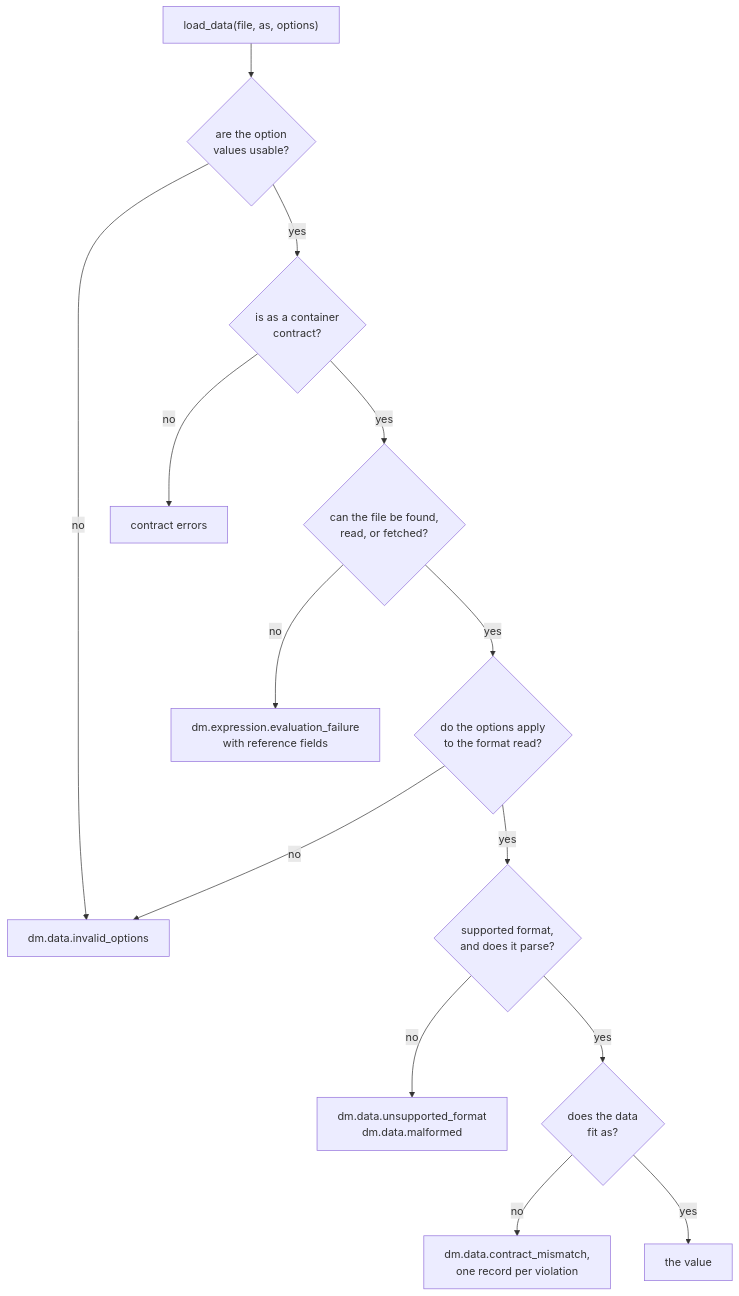
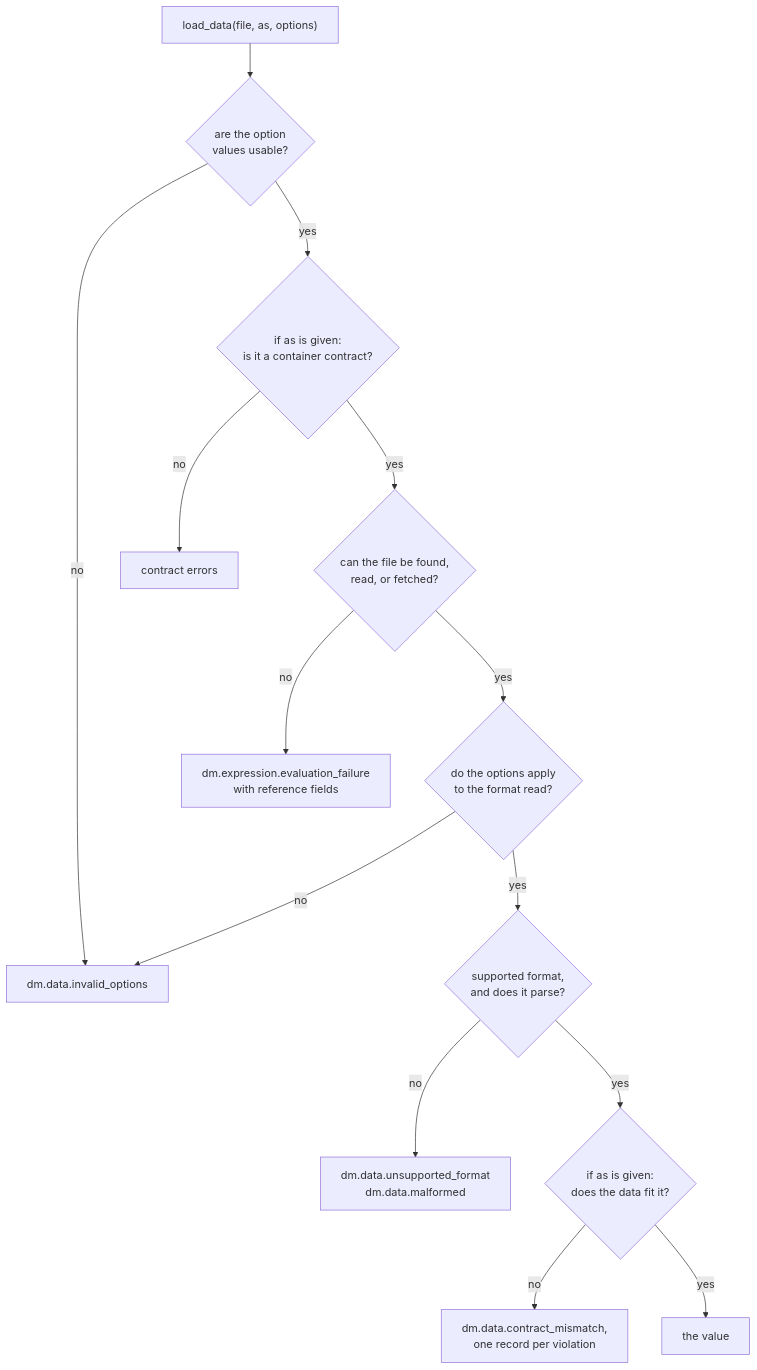
One commit to yankeeinlondon/rusty-biscuit changed the second of 2 diagrams in darkmatter/docs/cli/data-contracts.md. Above: the diagram before and after it, drawn with Mermaid. The commit also changed other lines of this file and 41 other files, not shown here.

First line of the commit message:
feat(darkmatter): complete schema-typed load_data observation

````diff
--- a/darkmatter/docs/cli/data-contracts.md
+++ b/darkmatter/docs/cli/data-contracts.md
@@ -548,16 +548,16 @@
 ```mermaid
 flowchart TD
     C["load_data(file, as, options)"] --> O{"are the option<br/>values usable?"}
     O -->|no| OE["dm.data.invalid_options"]
-    O -->|yes| K{"is as a container<br/>contract?"}
+    O -->|yes| K{"if as is given:<br/>is it a container contract?"}
     K -->|no| KE["contract errors"]
     K -->|yes| F{"can the file be found,<br/>read, or fetched?"}
     F -->|no| FE["dm.expression.evaluation_failure<br/>with reference fields"]
     F -->|yes| A{"do the options apply<br/>to the format read?"}
     A -->|no| OE
     A -->|yes| P{"supported format,<br/>and does it parse?"}
     P -->|no| PE["dm.data.unsupported_format<br/>dm.data.malformed"]
-    P -->|yes| M{"does the data<br/>fit as?"}
+    P -->|yes| M{"if as is given:<br/>does the data fit it?"}
     M -->|no| ME["dm.data.contract_mismatch,<br/>one record per violation"]
     M -->|yes| V["the value"]
 ```
````
